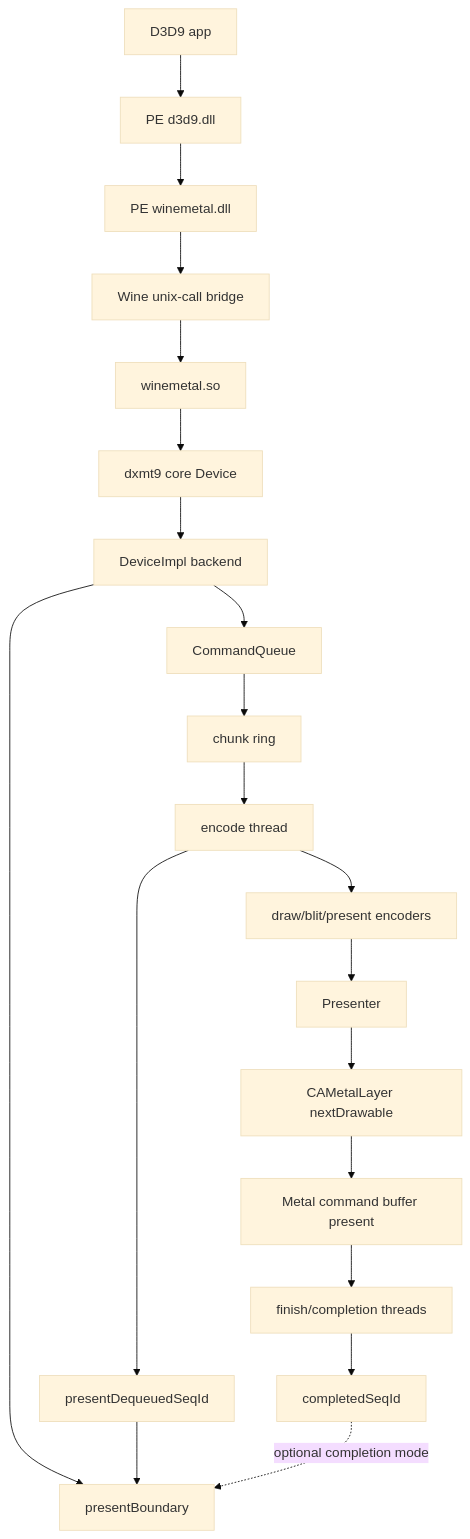
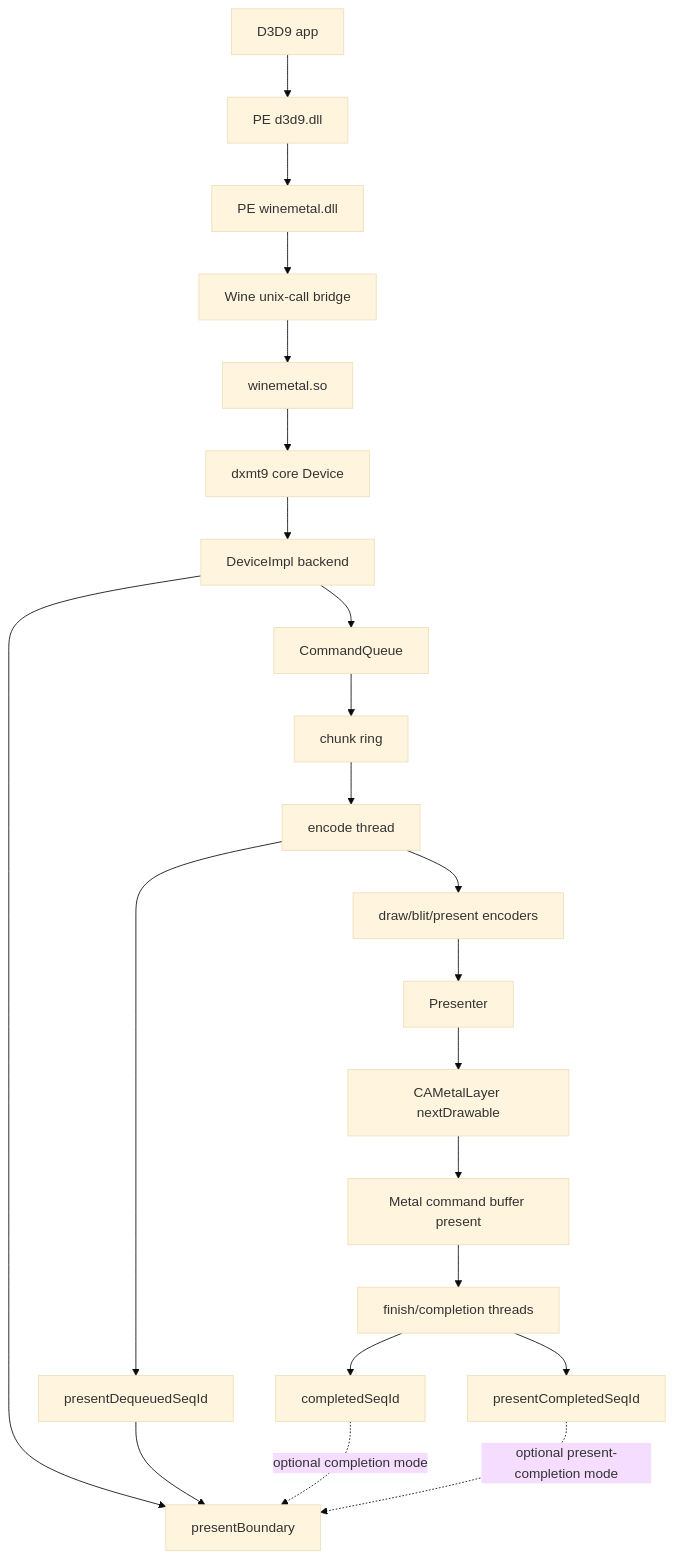
Before and after one commit to dfdgsdfg/dxmt9: the first of 4 diagrams in docs/perfomance-bottleneck.md, drawn with Mermaid (base theme). The commit also changed other lines of this file and 13 other files, not shown here.

````diff
--- a/docs/perfomance-bottleneck.md
+++ b/docs/perfomance-bottleneck.md
@@ -13,22 +13,24 @@
 ```mermaid
 flowchart TD
   App[D3D9 app] --> D3D9PE[PE d3d9.dll]
   D3D9PE --> WinemetalPE[PE winemetal.dll]
   WinemetalPE --> UnixCall[Wine unix-call bridge]
   UnixCall --> WinemetalSO[winemetal.so]
   WinemetalSO --> Core[dxmt9 core Device]
   Core --> Backend[DeviceImpl backend]
   Backend --> CQ[CommandQueue]
   CQ --> ChunkRing[chunk ring]
   ChunkRing --> EncodeThread[encode thread]
   EncodeThread --> DrawEnc[draw/blit/present encoders]
   DrawEnc --> Presenter[Presenter]
   Presenter --> Layer[CAMetalLayer nextDrawable]
   Layer --> MetalCB[Metal command buffer present]
   MetalCB --> Finish[finish/completion threads]
   EncodeThread --> Dequeued[presentDequeuedSeqId]
   Backend --> Boundary[presentBoundary]
   Dequeued --> Boundary
   Finish --> Completed[completedSeqId]
+  Finish --> PresentCompleted[presentCompletedSeqId]
   Completed -. optional completion mode .-> Boundary
+  PresentCompleted -. optional present-completion mode .-> Boundary
 ```
````
